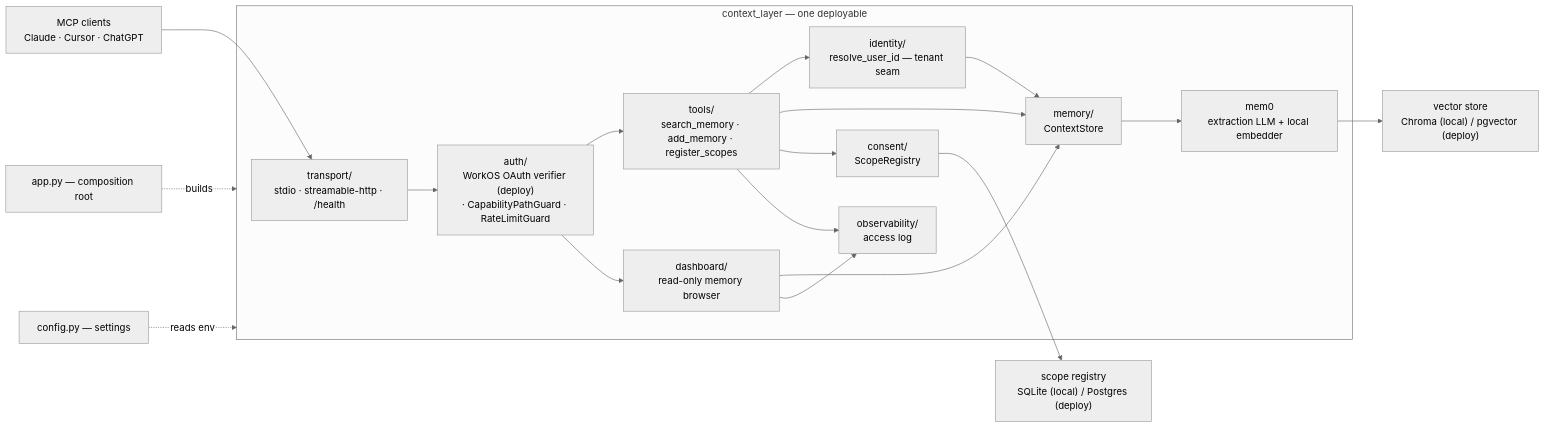
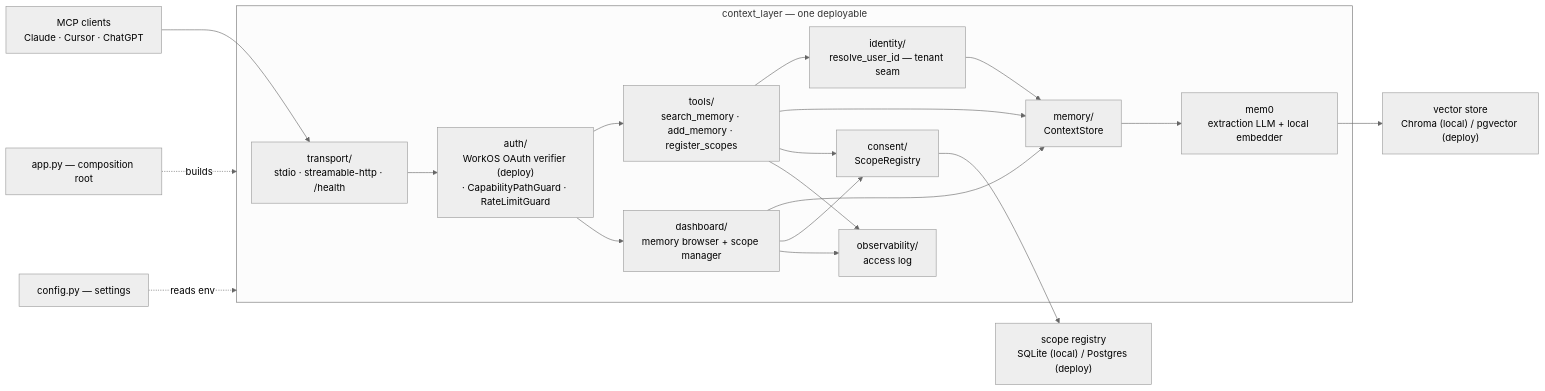
Before and after one commit to wanyuenmei/personal_mem: the diagram in ARCHITECTURE.md, drawn with Mermaid (neutral theme). The commit also changed other lines of this file and 16 other files, not shown here.

First line of the commit message:
VC-87: tag memories with consent scopes and manage them from the dashboard

````diff
--- a/ARCHITECTURE.md
+++ b/ARCHITECTURE.md
@@ -9,23 +9,24 @@
 ```mermaid
 flowchart LR
   clients["MCP clients<br/>Claude · Cursor · ChatGPT"] --> transport
 
   subgraph app["context_layer — one deployable"]
     transport["transport/<br/>stdio · streamable-http · /health"] --> guards
     guards["auth/<br/>WorkOS OAuth verifier (deploy)<br/>· CapabilityPathGuard · RateLimitGuard"] --> tools
     guards --> dash
     tools["tools/<br/>search_memory · add_memory · register_scopes"] --> identity
     tools --> store
     tools --> consent["consent/<br/>ScopeRegistry"]
     tools --> obs["observability/<br/>access log"]
-    dash["dashboard/<br/>read-only memory browser"] --> store
+    dash["dashboard/<br/>memory browser + scope manager"] --> store
+    dash --> consent
     dash --> obs
     identity["identity/<br/>resolve_user_id — tenant seam"] --> store
     store["memory/<br/>ContextStore"] --> mem0["mem0<br/>extraction LLM + local embedder"]
   end
 
   mem0 --> vs["vector store<br/>Chroma (local) / pgvector (deploy)"]
   consent --> regdb["scope registry<br/>SQLite (local) / Postgres (deploy)"]
   app_py["app.py — composition root"] -.builds.-> app
   config["config.py — settings"] -.reads env.-> app
 ```
````
